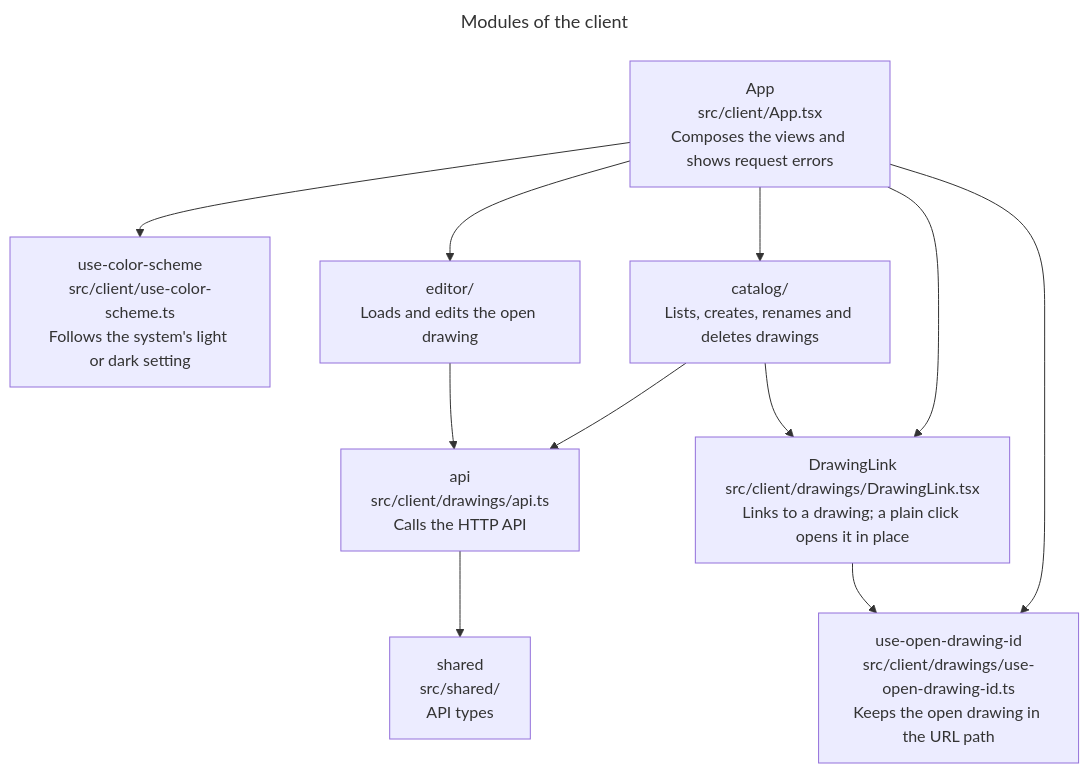
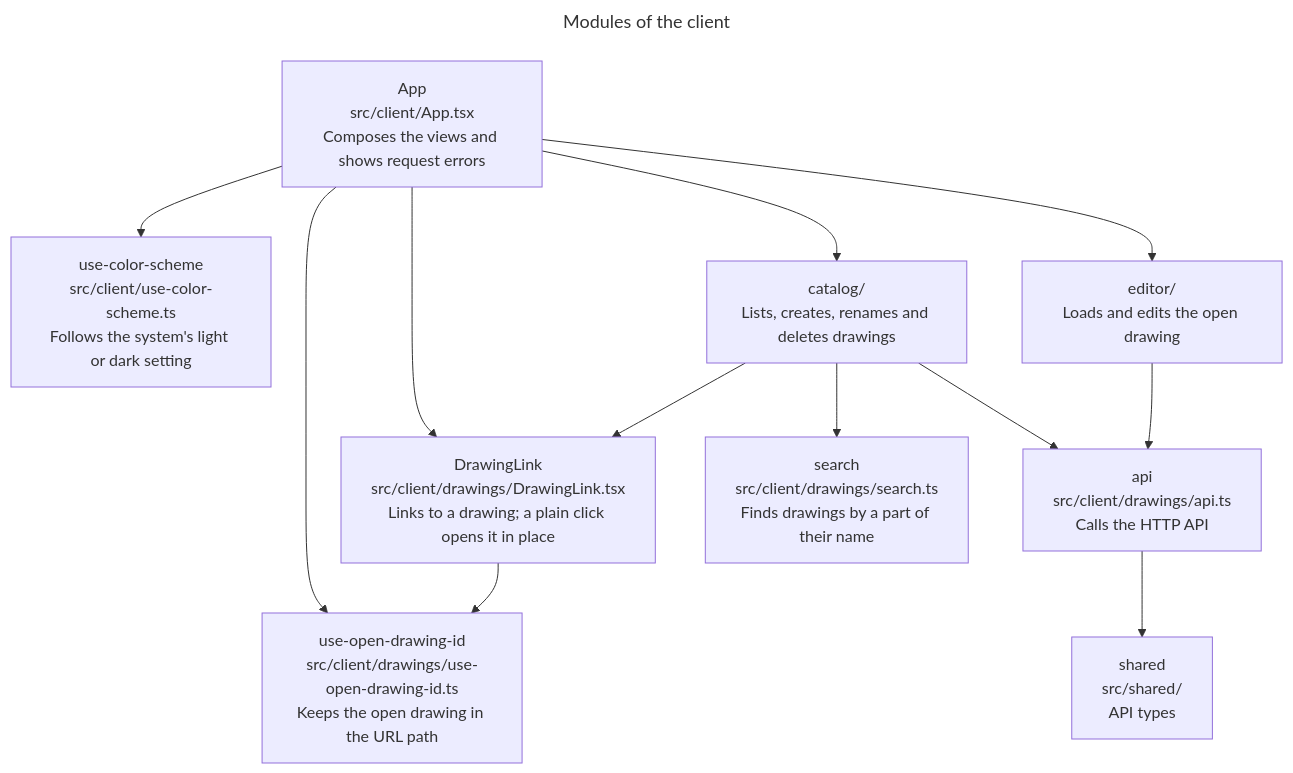
The fifth of 10 diagrams in docs/architecture/architecture.md (remshams/excalidraw-dashboard), drawn with Mermaid before and after one commit. The commit also changed other lines of this file and 1 other file, not shown here.

Commit message:
docs(Architecture): add the search module

````diff
--- a/docs/architecture/architecture.md
+++ b/docs/architecture/architecture.md
@@ -111,19 +111,20 @@
 ```mermaid
 ---
 title: Modules of the client
 ---
 flowchart TD
     app["App<br>src/client/App.tsx<br>Composes the views and shows request errors"]:::module
     scheme["use-color-scheme<br>src/client/use-color-scheme.ts<br>Follows the system's light or dark setting"]:::module
     catalog["catalog/<br>Lists, creates, renames and deletes drawings"]:::group
     editor["editor/<br>Loads and edits the open drawing"]:::group
     openId["use-open-drawing-id<br>src/client/drawings/use-open-drawing-id.ts<br>Keeps the open drawing in the URL path"]:::module
     link["DrawingLink<br>src/client/drawings/DrawingLink.tsx<br>Links to a drawing; a plain click opens it in place"]:::module
     api["api<br>src/client/drawings/api.ts<br>Calls the HTTP API"]:::module
+    search["search<br>src/client/drawings/search.ts<br>Finds drawings by a part of their name"]:::module
     shared["shared<br>src/shared/<br>API types"]:::module
     app --> scheme & catalog & editor & openId & link
-    catalog --> api & link
+    catalog --> api & link & search
     link --> openId
     editor --> api
     api --> shared
 ```
````
